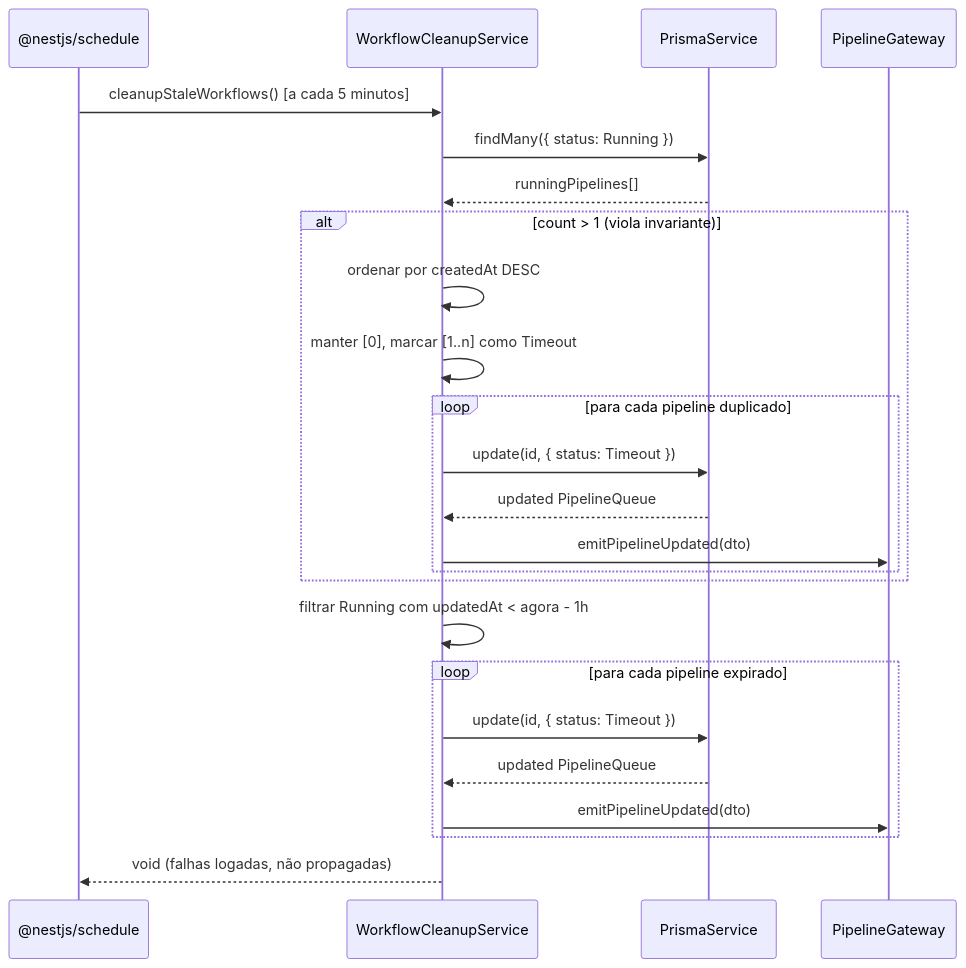
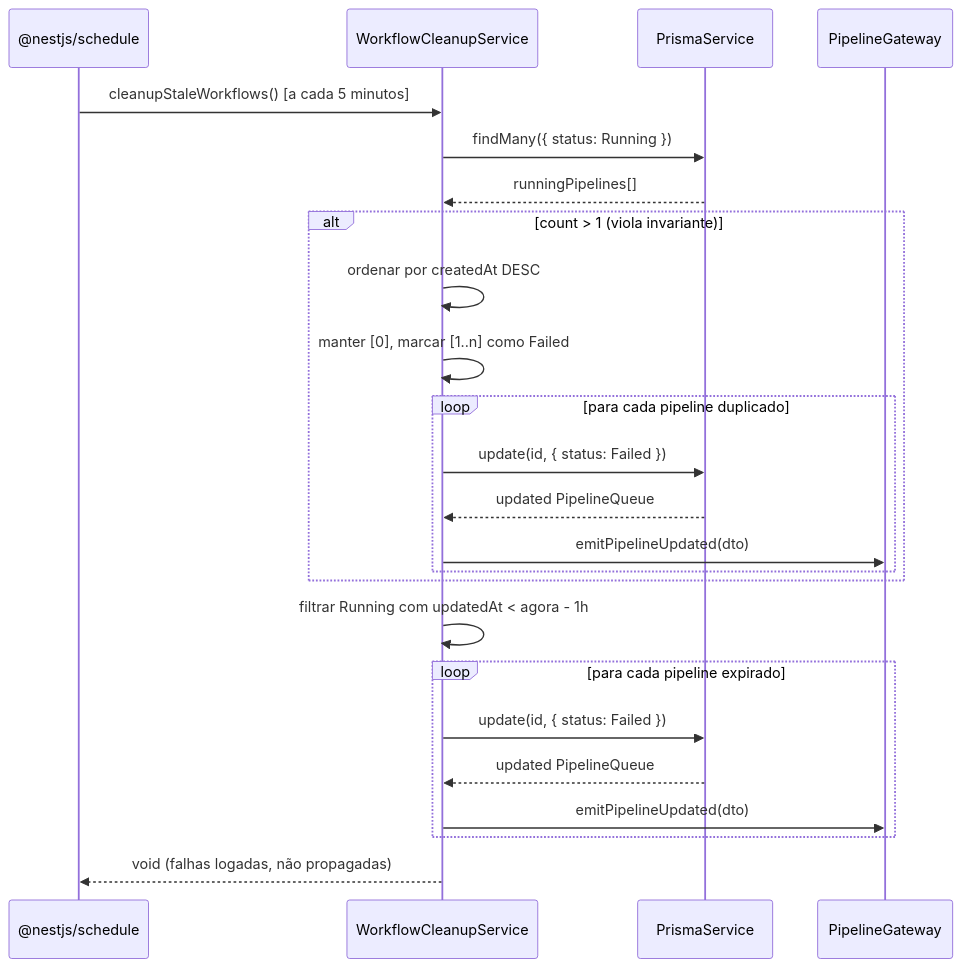
One commit to adaptwebtech/monitor-deploy changed the third of 6 diagrams in docs/specs/workflow-timeout.md. Above: the diagram before and after it, drawn with Mermaid. The commit also changed other lines of this file and 11 other files, not shown here.

First line of the commit message:
refactor: replace Timeout status with Failed across the stack

````diff
--- a/docs/specs/workflow-timeout.md
+++ b/docs/specs/workflow-timeout.md
@@ -153,30 +151,30 @@
 ```mermaid
 sequenceDiagram
     participant Scheduler as @nestjs/schedule
     participant Svc as WorkflowCleanupService
     participant Prisma as PrismaService
     participant GW as PipelineGateway
 
     Scheduler->>Svc: cleanupStaleWorkflows() [a cada 5 minutos]
     Svc->>Prisma: findMany({ status: Running })
     Prisma-->>Svc: runningPipelines[]
 
     alt count > 1 (viola invariante)
         Svc->>Svc: ordenar por createdAt DESC
-        Svc->>Svc: manter [0], marcar [1..n] como Timeout
+        Svc->>Svc: manter [0], marcar [1..n] como Failed
         loop para cada pipeline duplicado
-            Svc->>Prisma: update(id, { status: Timeout })
+            Svc->>Prisma: update(id, { status: Failed })
             Prisma-->>Svc: updated PipelineQueue
             Svc->>GW: emitPipelineUpdated(dto)
         end
     end
 
     Svc->>Svc: filtrar Running com updatedAt < agora - 1h
     loop para cada pipeline expirado
-        Svc->>Prisma: update(id, { status: Timeout })
+        Svc->>Prisma: update(id, { status: Failed })
         Prisma-->>Svc: updated PipelineQueue
         Svc->>GW: emitPipelineUpdated(dto)
     end
 
     Svc-->>Scheduler: void (falhas logadas, não propagadas)
 ```
````
